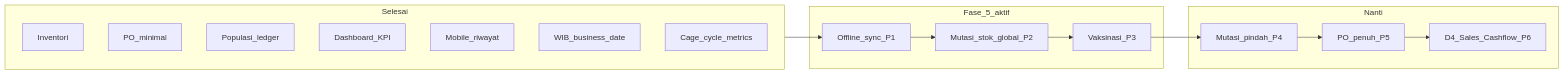
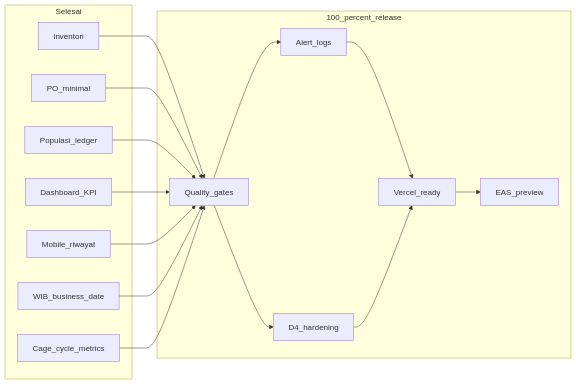
The diagram in docs/implementation_plan.md (Webekspres/layer-farm-agung), drawn with Mermaid before and after one commit. The commit also changed other lines of this file and 30 other files, not shown here.

````diff
--- a/docs/implementation_plan.md
+++ b/docs/implementation_plan.md
@@ -39,28 +39,31 @@
 ```mermaid
 flowchart LR
   subgraph done [Selesai]
     Inv[Inventori]
     PO[PO_minimal]
     Pop[Populasi_ledger]
     KPI[Dashboard_KPI]
     MobHist[Mobile_riwayat]
     TZ[WIB_business_date]
     CageMet[Cage_cycle_metrics]
   end
-  subgraph phase5 [Fase_5_aktif]
-  Sync[Offline_sync_P1]
-  InvMut[Mutasi_stok_global_P2]
-  Vax[Vaksinasi_P3]
+  subgraph release [100_percent_release]
+  Gates[Quality_gates]
+  Alerts[Alert_logs]
+  Finance[D4_hardening]
+  Vercel[Vercel_ready]
+  Mobile[EAS_preview]
   end
-  subgraph later [Nanti]
-  Pindah[Mutasi_pindah_P4]
-  POPenuh[PO_penuh_P5]
-  D4[D4_Sales_Cashflow_P6]
-  end
-  done --> Sync
-  Sync --> InvMut
-  InvMut --> Vax
-  Vax --> Pindah
-  Pindah --> POPenuh
-  POPenuh --> D4
+  Inv --> Gates
+  PO --> Gates
+  Pop --> Gates
+  KPI --> Gates
+  MobHist --> Gates
+  TZ --> Gates
+  CageMet --> Gates
+  Gates --> Alerts
+  Gates --> Finance
+  Alerts --> Vercel
+  Finance --> Vercel
+  Vercel --> Mobile
 ```
````
